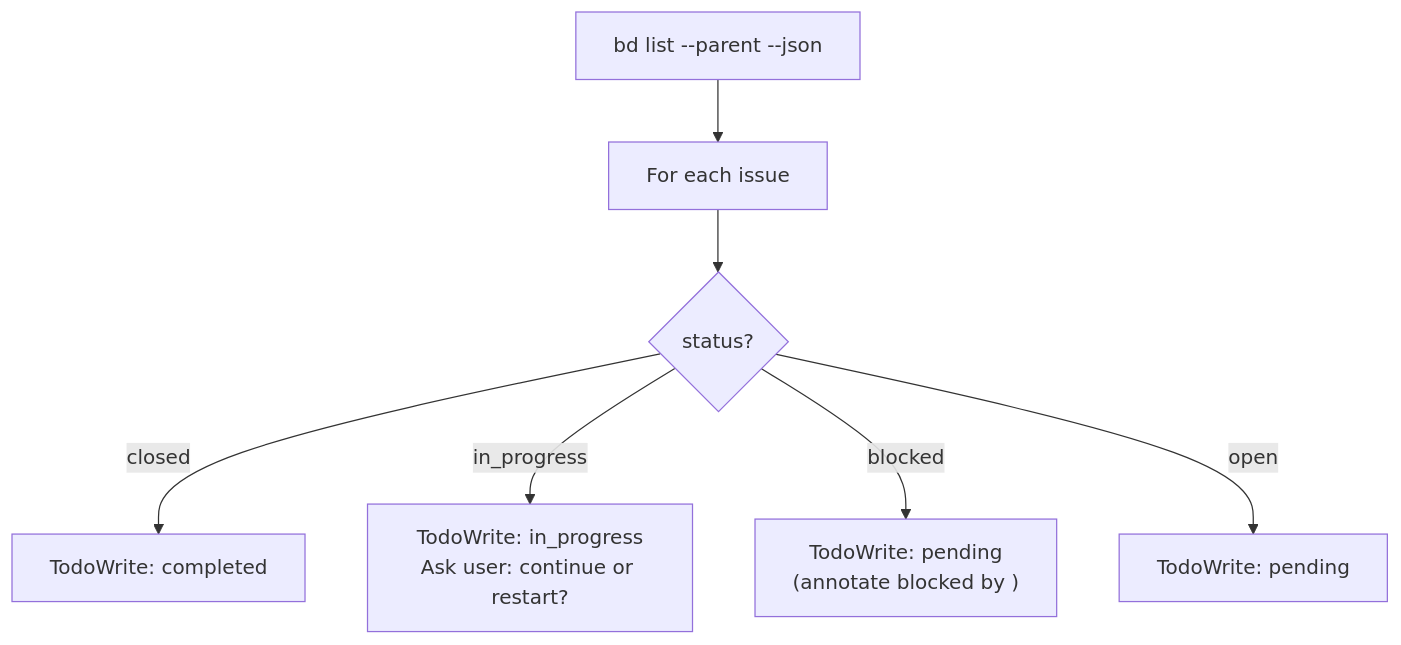
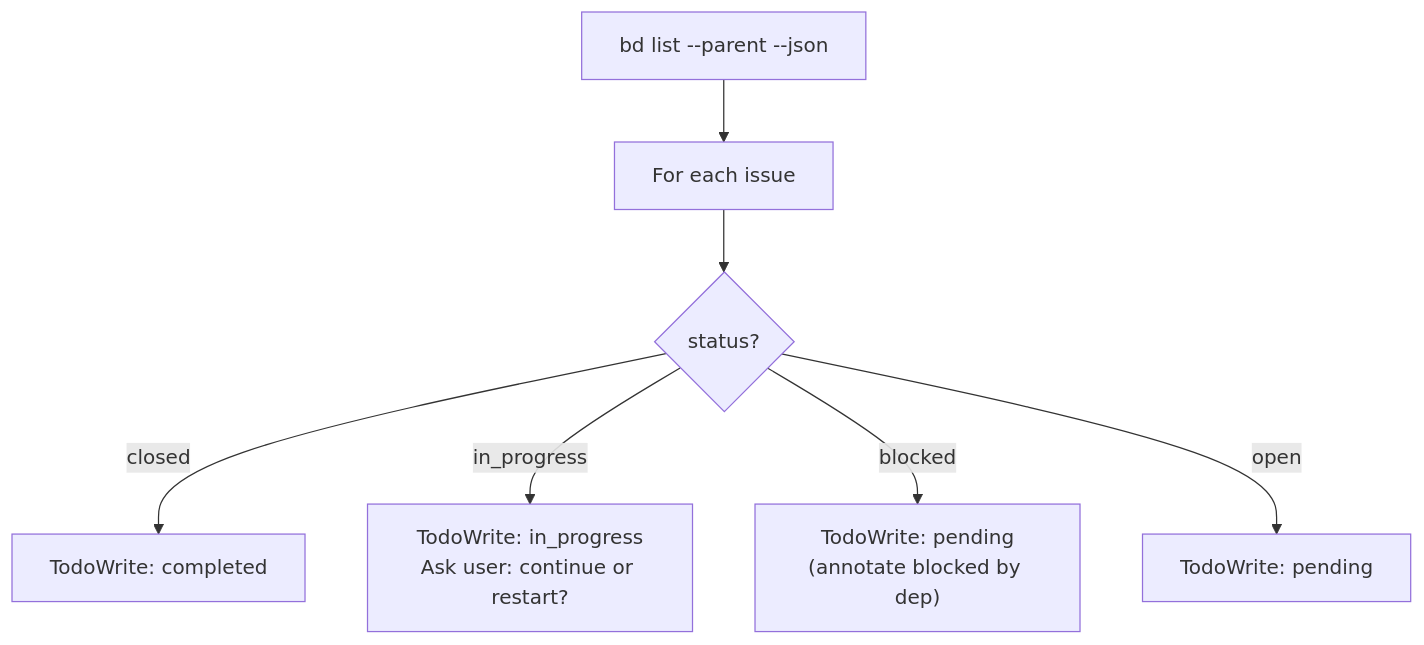
The fourth of 4 diagrams in docs/superpowers/specs/2026-03-23-dispatch-parallel-bead-agents-design.md (collectiveai-team/opencode-super-beads), drawn with Mermaid before and after one commit. The commit also changed other lines of this file, not shown here.

````diff
--- a/docs/superpowers/specs/2026-03-23-dispatch-parallel-bead-agents-design.md
+++ b/docs/superpowers/specs/2026-03-23-dispatch-parallel-bead-agents-design.md
@@ -197,9 +264,9 @@
 ```mermaid
 flowchart TD
     INIT["bd list --parent <epic-id> --json"] --> FOREACH["For each issue"]
-    FOREACH --> CLOSED{status?}
-    CLOSED -->|closed| TC["TodoWrite: completed"]
-    CLOSED -->|in_progress| TIP["TodoWrite: in_progress\nAsk user: continue or restart?"]
-    CLOSED -->|blocked| TB["TodoWrite: pending\n(annotate blocked by <dep-id>)"]
-    CLOSED -->|open| TO["TodoWrite: pending"]
+    FOREACH --> STATUS{status?}
+    STATUS -->|closed| TC["TodoWrite: completed"]
+    STATUS -->|in_progress| TIP["TodoWrite: in_progress\nAsk user: continue or restart?"]
+    STATUS -->|blocked| TB["TodoWrite: pending\n(annotate blocked by dep)"]
+    STATUS -->|open| TO["TodoWrite: pending"]
 ```
````
